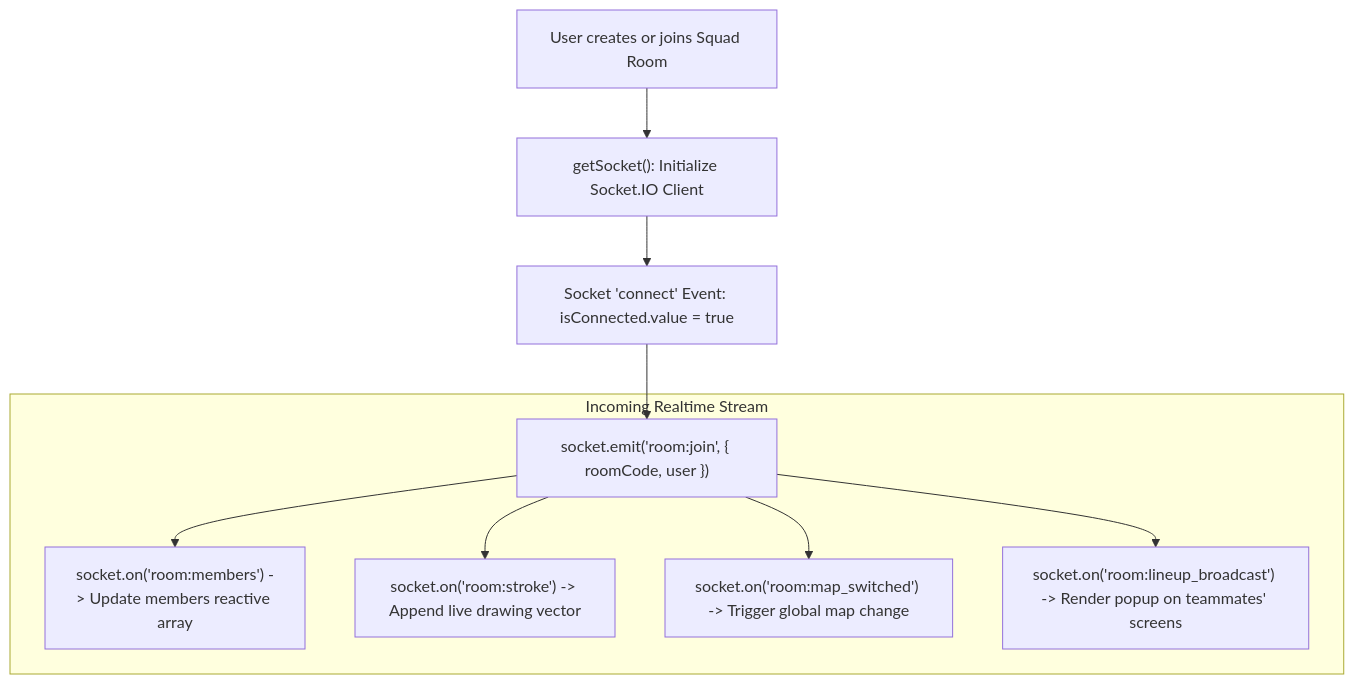
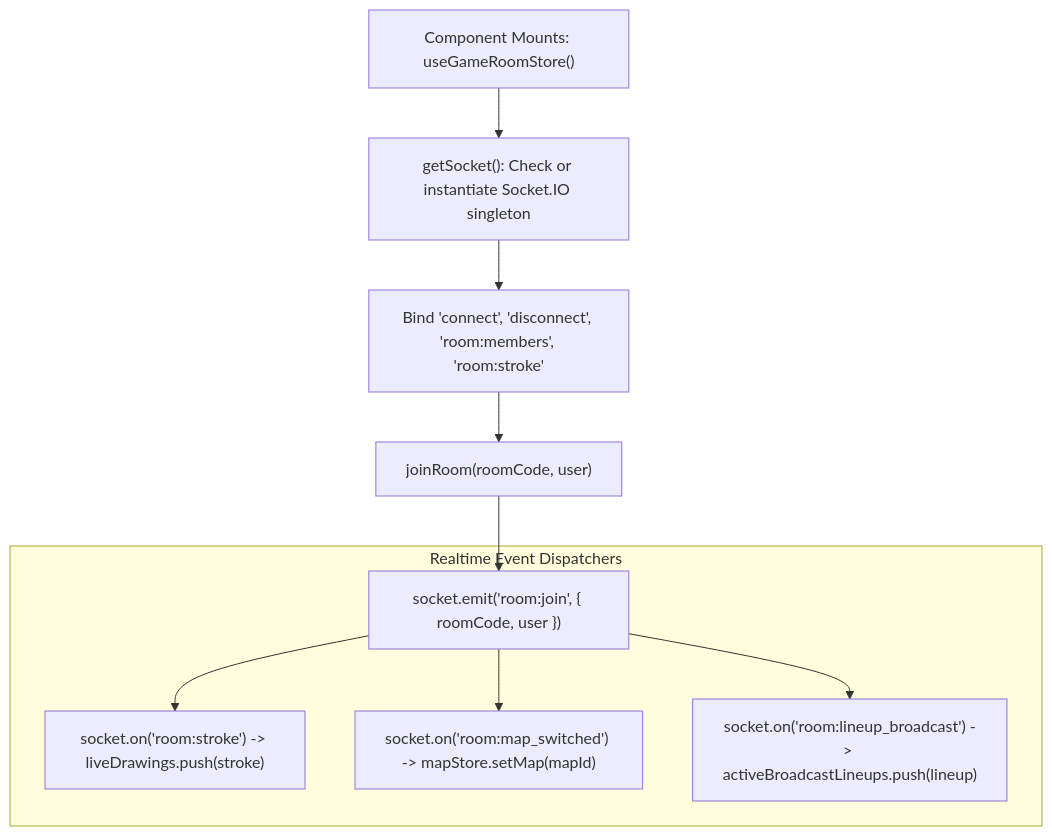
The diagram in docs/code/cs2nades/game-room-store-ts.md (IAndrexI/documentation), drawn with Mermaid before and after one commit. The commit also changed other lines of this file and 40 other files, not shown here.

Commit message:
feat: hide git stars/branches, collapse subcategories until tab selected, add high-res architecture SVG, auto-update script, basic monochrome glyphs, and line-by-line recreation blueprints with summaries

````diff
--- a/docs/code/cs2nades/game-room-store-ts.md
+++ b/docs/code/cs2nades/game-room-store-ts.md
@@ -24,13 +31,14 @@
-```mermaid
-graph TD
-    UserAction["User creates or joins Squad Room"] --> GetSocket["getSocket(): Initialize Socket.IO Client"]
-    GetSocket --> ConnectEvent["Socket 'connect' Event: isConnected.value = true"]
-    ConnectEvent --> JoinEmit["socket.emit('room:join', { roomCode, user })"]
-    
-    subgraph EventStream["Incoming Realtime Stream"]
-        JoinEmit --> OnMembers["socket.on('room:members') -> Update members reactive array"]
-        JoinEmit --> OnStrokes["socket.on('room:stroke') -> Append live drawing vector"]
-        JoinEmit --> OnMap["socket.on('room:map_switched') -> Trigger global map change"]
-        JoinEmit --> OnLineup["socket.on('room:lineup_broadcast') -> Render popup on teammates' screens"]
-    end
-```
+    ```mermaid
+    graph TD
+        Mount["Component Mounts: useGameRoomStore()"] --> GetSocket["getSocket(): Check or instantiate Socket.IO singleton"]
+        GetSocket --> BindHandlers["Bind 'connect', 'disconnect', 'room:members', 'room:stroke'"]
+        
+        BindHandlers --> UserJoins["joinRoom(roomCode, user)"]
+        UserJoins --> EmitJoin["socket.emit('room:join', { roomCode, user })"]
+        
+        subgraph RealtimeSubscribers["Realtime Event Dispatchers"]
+            EmitJoin --> OnStroke["socket.on('room:stroke') -> liveDrawings.push(stroke)"]
+            EmitJoin --> OnMapChange["socket.on('room:map_switched') -> mapStore.setMap(mapId)"]
+            EmitJoin --> OnLineup["socket.on('room:lineup_broadcast') -> activeBroadcastLineups.push(lineup)"]
+        end
+    ```
````
